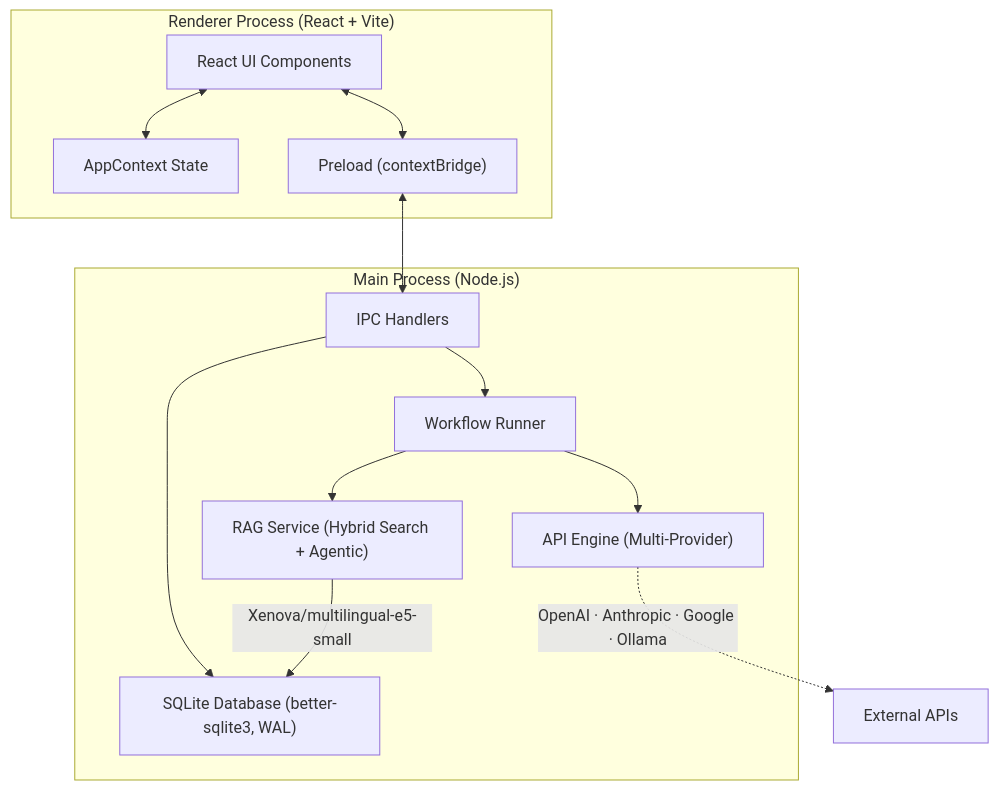
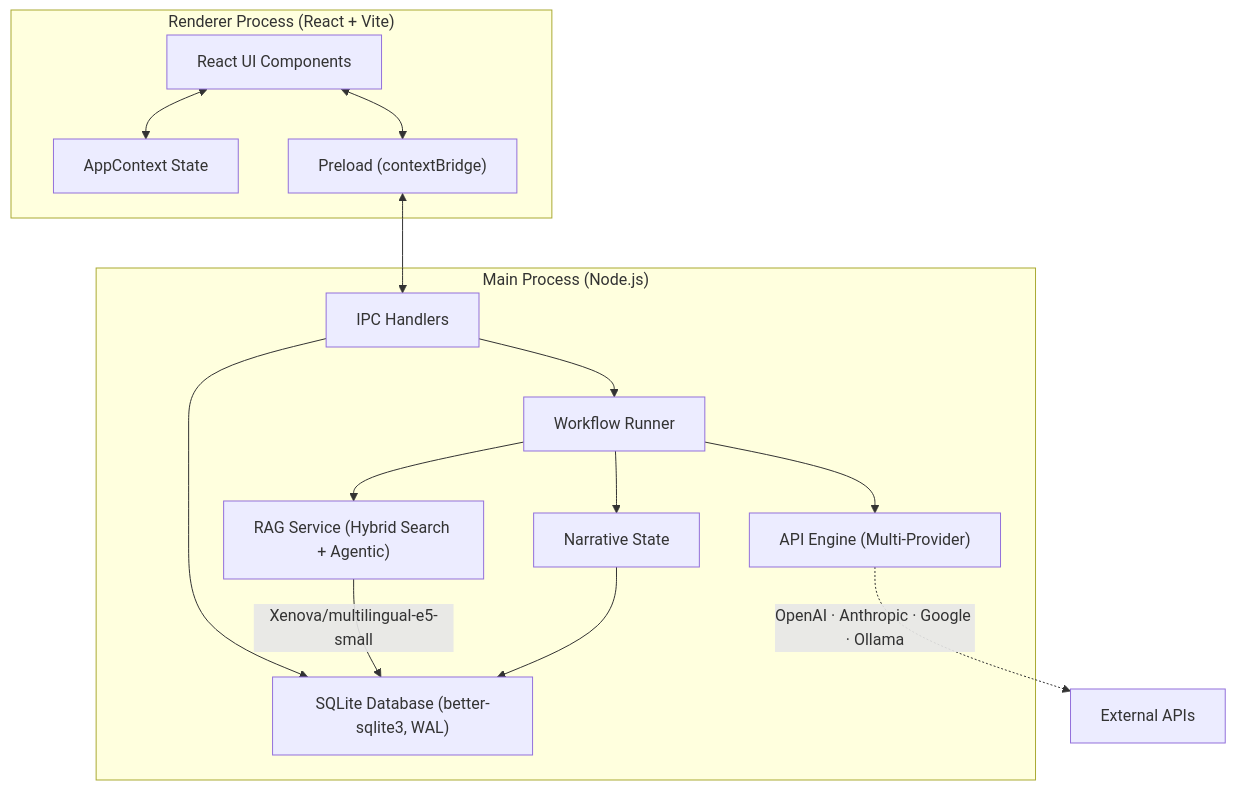
One commit to Kallamo/Kallamo changed the diagram in README.md. Above: the diagram before and after it, drawn with Mermaid. The commit also changed other lines of this file and 14 other files, not shown here.

````diff
--- a/README.md
+++ b/README.md
@@ -113,19 +169,21 @@
 ```mermaid
 graph TD
     subgraph Renderer ["Renderer Process (React + Vite)"]
         UI["React UI Components"] <--> CTX["AppContext State"]
         UI <--> PL["Preload (contextBridge)"]
     end
 
     subgraph Main ["Main Process (Node.js)"]
         IPC["IPC Handlers"]
         IPC --> DB["SQLite Database (better-sqlite3, WAL)"]
         IPC --> WF["Workflow Runner"]
+        WF --> NS["Narrative State"]
         WF --> API["API Engine (Multi-Provider)"]
         WF --> RAG["RAG Service (Hybrid Search + Agentic)"]
         RAG -->|"Xenova/multilingual-e5-small"| DB
+        NS --> DB
     end
 
     PL <--> IPC
     API -.->|"OpenAI · Anthropic · Google · Ollama"| EXT["External APIs"]
 ```
````
